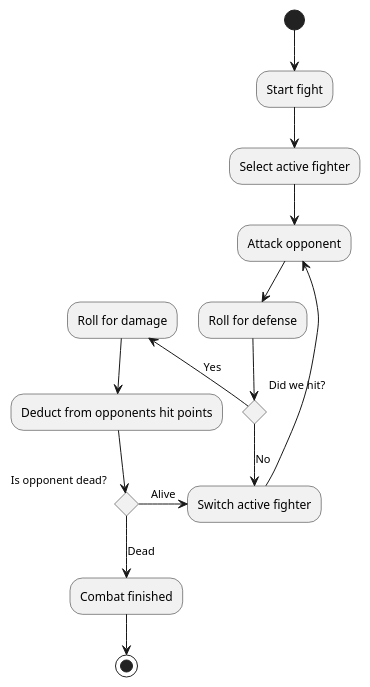
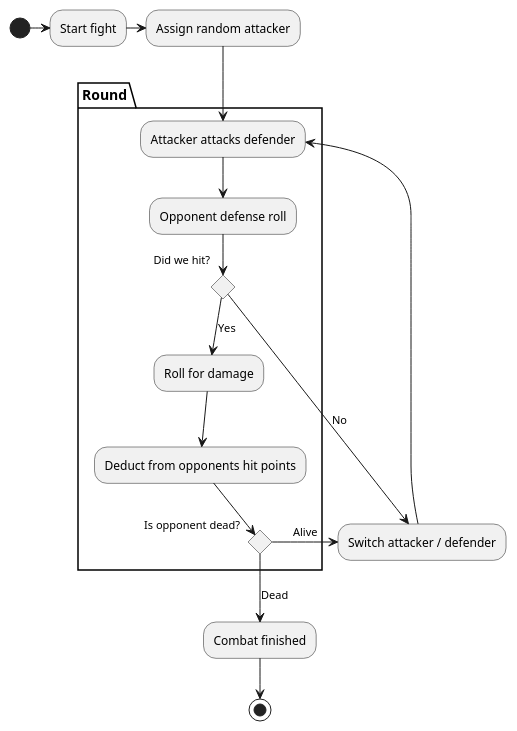
One commit to kparkov/programming-fundamentals changed the diagram in src/Week 7/decision-tree-combat.plantuml. Above: the diagram before and after it, drawn with PlantUML. The commit also changed 3 other files, not shown here.

Commit message:
Update diagrams

```diff
--- a/src/Week 7/decision-tree-combat.plantuml
+++ b/src/Week 7/decision-tree-combat.plantuml
@@ -1,22 +1,26 @@
 @startuml
-(*) --> "Start fight"
---> "Select active fighter"
---> "Attack opponent"
---> "Roll for defense"
+(*) -> "Start fight"
+-> "Assign random attacker"
 
-if "Did we hit?"
-	-left->[Yes] "Roll for damage"
-	-down-> "Deduct from opponents hit points"
+partition Round {
+	--> "Attacker attacks defender"
+	--> "Opponent defense roll"
 
-	If "Is opponent dead?" then
-		-down->[Dead] "Combat finished"
-		-down-> (*)
+	--> if "Did we hit?"
+		-->[Yes] "Roll for damage"
+		--> "Deduct from opponents hit points"
+
+		--> If "Is opponent dead?" then
+}
+			-->[Dead] "Combat finished"
+			--> (*)
+
+		else
+			-right->[Alive] "Switch attacker / defender"
+			-left-> "Attacker attacks defender"
+		endif
 	else
-		-right->[Alive] "Switch active fighter"
+		-down->[No] "Switch attacker / defender"
 	endif
-else
-	-down->[No] "Switch active fighter"
-endif
 
--left-> "Attack opponent"
 @enduml
```
